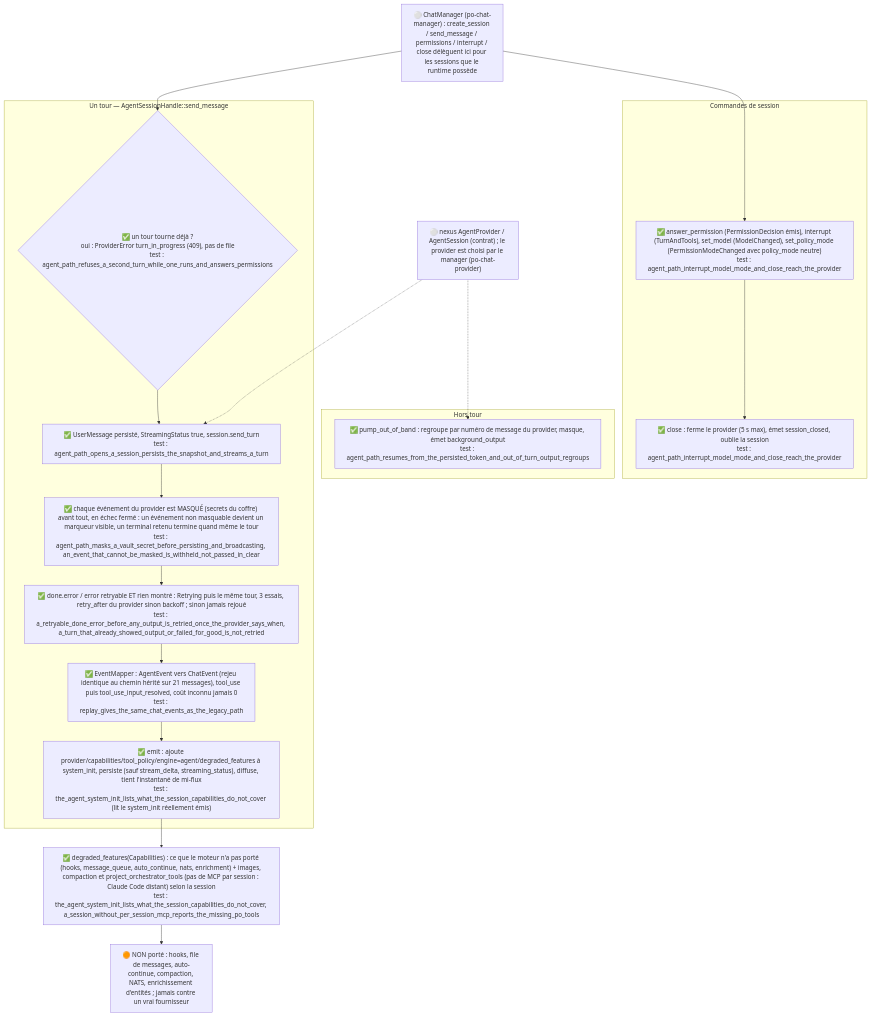
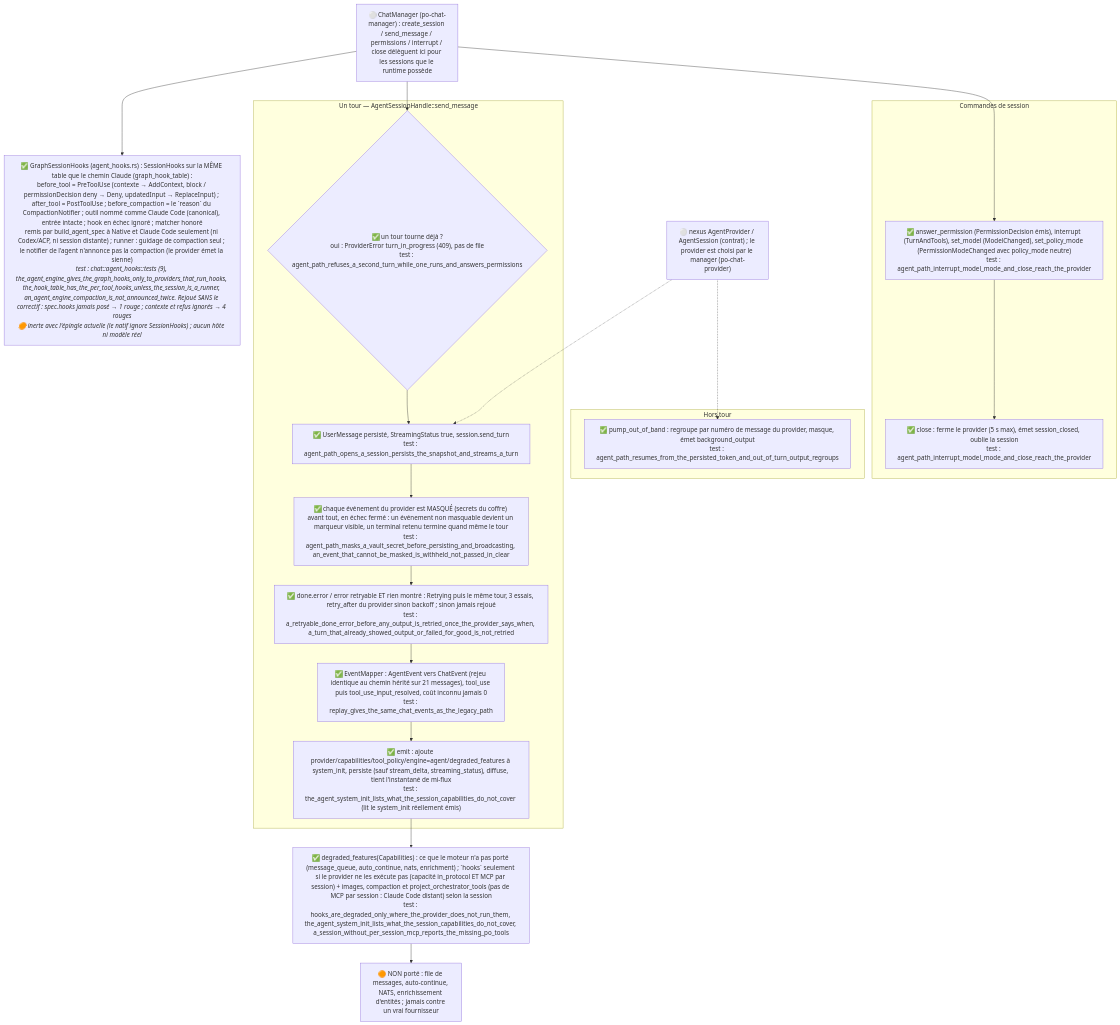
One commit to this-rs/project-orchestrator changed the diagram in docs/diagrams/po-chat-agent-runtime.mmd. Above: the diagram before and after it, drawn with Mermaid. The commit also changed 2 other files, not shown here.

Commit message:
docs(diagrams): the agent engine's graph hooks (po-chat-agent-runtime, po-chat-manager)
Verified against 98130a5f; mm.cjs parse OK on both; check-index clean.

```diff
--- a/docs/diagrams/po-chat-agent-runtime.mmd
+++ b/docs/diagrams/po-chat-agent-runtime.mmd
@@ -1,54 +1,59 @@
 %% name: po-chat-agent-runtime
-%% covers: backend:src/chat/agent_runtime.rs
-%% verified: 878281ca
+%% covers: backend:src/chat/{agent_runtime,agent_hooks}.rs
+%% verified: 98130a5f
 %% ---
 %% PROUVE : le moteur « agent » du chat (tâche B13) : comment un AgentSession nexus est piloté, ce qu'il
 %%   diffuse et persiste, ce qu'il ne fait PAS encore. Le routage entre moteurs est dans po-chat-manager.
 %% ---
 %% SOURCES LUES :
 %%   src/chat/agent_runtime.rs — AgentRuntime, AgentSessionHandle (send_message, answer_permission, interrupt,
 %%                               set_model, set_policy_mode), mask_agent_event, degraded_features, retry,
 %%                               pump_out_of_band, BuiltinProviders, fake (tests)
+%%   src/chat/agent_hooks.rs — GraphSessionHooks (SessionHooks sur la table de hooks du chemin Claude)
+%%   src/chat/manager.rs (graph_hook_table, build_agent_spec) — la table partagée et sa remise au provider
 %%   src/chat/provider/event_map.rs — EventMapper (AgentEvent vers ChatEvent)
 %% ---
 %% NON ETABLI :
 %%   jamais exercé contre le VRAI CLI Claude, un vrai endpoint ni un vrai Codex/ACP (faux provider, fake_openai,
-%%   fake_mcp seulement) ; hooks, file de messages, auto-continue, compaction, NATS, enrichissement : absents
-%%   (annoncés par degraded_features) ; la publication NATS de session_closed est faite par le manager, non testée.
+%%   fake_mcp seulement) ; file de messages, auto-continue, NATS, enrichissement : absents
+%%   (annoncés par degraded_features) ; hooks du graphe : écrits et testés, VIVANTS seulement après le relevé
+%%   de l'épingle nexus-claude (le natif épinglé 35acfbf n'appelle pas SessionHooks : PR nexus #71) ; la publication NATS de session_closed est faite par le manager, non testée.
 %% ---
 %% LEGENDE
 %%   ✅ vérifié (le nœud dit par quel test)  🟠 écrit, sans test / décidé non écrit  ⚪ amont ou autre domaine
 
 flowchart TD
     MGR["⚪ ChatManager (po-chat-manager) : create_session / send_message / permissions / interrupt / close délèguent ici pour les sessions que le runtime possède"]
     PROV["⚪ nexus AgentProvider / AgentSession (contrat) ; le provider est choisi par le manager (po-chat-provider)"]
 
     subgraph turn["Un tour — AgentSessionHandle::send_message"]
         BUSY{"✅ un tour tourne déjà ?<br/>oui : ProviderError turn_in_progress (409), pas de file<br/>test : agent_path_refuses_a_second_turn_while_one_runs_and_answers_permissions"}
         SEND["✅ UserMessage persisté, StreamingStatus true, session.send_turn<br/>test : agent_path_opens_a_session_persists_the_snapshot_and_streams_a_turn"]
         MASK["✅ chaque événement du provider est MASQUÉ (secrets du coffre) avant tout, en échec fermé : un événement non masquable devient un marqueur visible, un terminal retenu termine quand même le tour<br/>test : agent_path_masks_a_vault_secret_before_persisting_and_broadcasting, an_event_that_cannot_be_masked_is_withheld_not_passed_in_clear"]
         RETRY["✅ done.error / error retryable ET rien montré : Retrying puis le même tour, 3 essais, retry_after du provider sinon backoff ; sinon jamais rejoué<br/>test : a_retryable_done_error_before_any_output_is_retried_once_the_provider_says_when, a_turn_that_already_showed_output_or_failed_for_good_is_not_retried"]
         MAP["✅ EventMapper : AgentEvent vers ChatEvent (rejeu identique au chemin hérité sur 21 messages), tool_use puis tool_use_input_resolved, coût inconnu jamais 0<br/>test : replay_gives_the_same_chat_events_as_the_legacy_path"]
         EMIT["✅ emit : ajoute provider/capabilities/tool_policy/engine=agent/degraded_features à system_init, persiste (sauf stream_delta, streaming_status), diffuse, tient l'instantané de mi-flux<br/>test : the_agent_system_init_lists_what_the_session_capabilities_do_not_cover (lit le system_init réellement émis)"]
         BUSY --> SEND --> MASK --> RETRY --> MAP --> EMIT
     end
 
     subgraph oob["Hors tour"]
         OOB["✅ pump_out_of_band : regroupe par numéro de message du provider, masque, émet background_output<br/>test : agent_path_resumes_from_the_persisted_token_and_out_of_turn_output_regroups"]
     end
 
     subgraph ctl["Commandes de session"]
         CTL["✅ answer_permission (PermissionDecision émis), interrupt (TurnAndTools), set_model (ModelChanged), set_policy_mode (PermissionModeChanged avec policy_mode neutre)<br/>test : agent_path_interrupt_model_mode_and_close_reach_the_provider"]
         CLOSE["✅ close : ferme le provider (5 s max), émet session_closed, oublie la session<br/>test : agent_path_interrupt_model_mode_and_close_reach_the_provider"]
     end
 
-    DEGR["✅ degraded_features(Capabilities) : ce que le moteur n'a pas porté (hooks, message_queue, auto_continue, nats, enrichment) + images, compaction et project_orchestrator_tools (pas de MCP par session : Claude Code distant) selon la session<br/>test : the_agent_system_init_lists_what_the_session_capabilities_do_not_cover, a_session_without_per_session_mcp_reports_the_missing_po_tools"]
-    LOST["🟠 NON porté : hooks, file de messages, auto-continue, compaction, NATS, enrichissement d'entités ; jamais contre un vrai fournisseur"]
+    DEGR["✅ degraded_features(Capabilities) : ce que le moteur n'a pas porté (message_queue, auto_continue, nats, enrichment) ; `hooks` seulement si le provider ne les exécute pas (capacité in_protocol ET MCP par session) + images, compaction et project_orchestrator_tools (pas de MCP par session : Claude Code distant) selon la session<br/>test : hooks_are_degraded_only_where_the_provider_does_not_run_them, the_agent_system_init_lists_what_the_session_capabilities_do_not_cover, a_session_without_per_session_mcp_reports_the_missing_po_tools"]
+    LOST["🟠 NON porté : file de messages, auto-continue, NATS, enrichissement d'entités ; jamais contre un vrai fournisseur"]
+    GHOOKS["✅ GraphSessionHooks (agent_hooks.rs) : SessionHooks sur la MÊME table que le chemin Claude (graph_hook_table) :<br/>before_tool = PreToolUse (contexte → AddContext, block / permissionDecision deny → Deny, updatedInput → ReplaceInput) ; after_tool = PostToolUse ; before_compaction = le `reason` du CompactionNotifier ; outil nommé comme Claude Code (canonical), entrée intacte ; hook en échec ignoré ; matcher honoré<br/>remis par build_agent_spec à Native et Claude Code seulement (ni Codex/ACP, ni session distante) ; runner : guidage de compaction seul ; le notifier de l'agent n'annonce pas la compaction (le provider émet la sienne)<br/><i>test : chat::agent_hooks::tests (9), the_agent_engine_gives_the_graph_hooks_only_to_providers_that_run_hooks, the_hook_table_has_the_per_tool_hooks_unless_the_session_is_a_runner, an_agent_engine_compaction_is_not_announced_twice. Rejoué SANS le correctif : spec.hooks jamais posé → 1 rouge ; contexte et refus ignorés → 4 rouges<br/>🟠 inerte avec l'épingle actuelle (le natif ignore SessionHooks) ; aucun hôte ni modèle réel</i>"]
+    MGR --> GHOOKS
 
     MGR --> BUSY
     MGR --> CTL
     PROV -.-> SEND
     PROV -.-> OOB
     EMIT --> DEGR
     DEGR --> LOST
     CTL --> CLOSE
```
